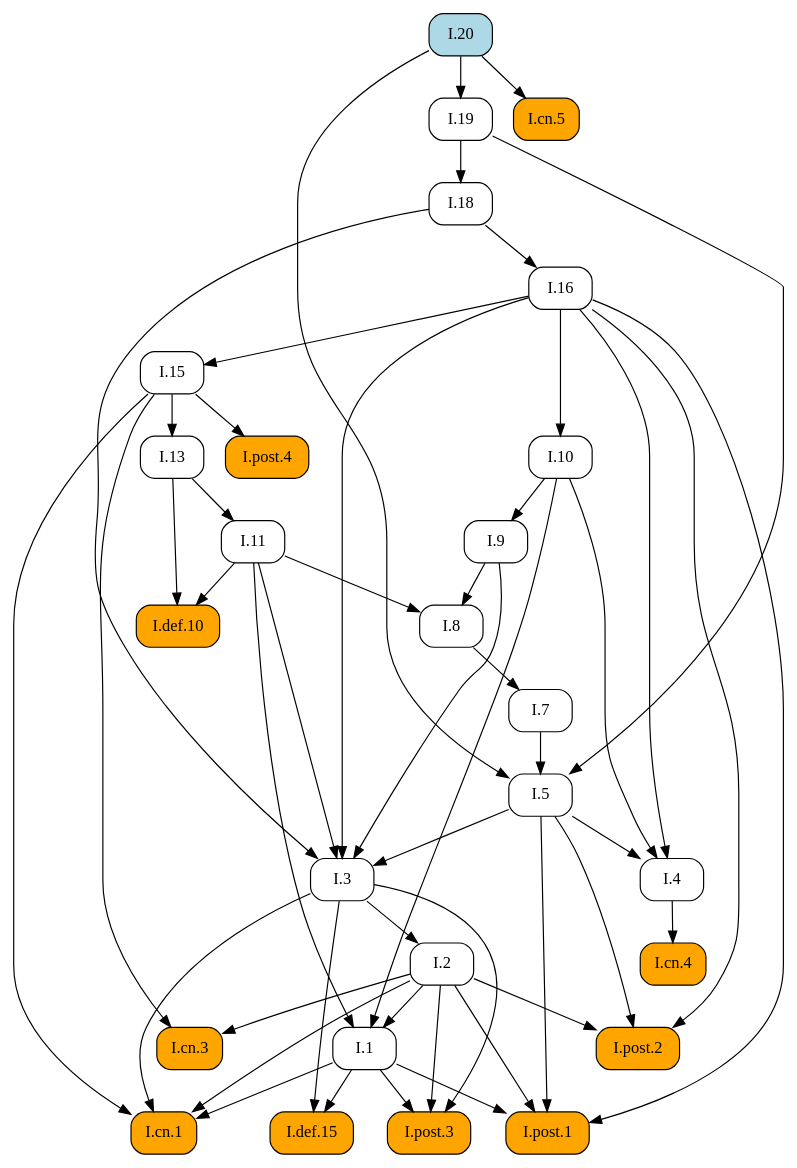
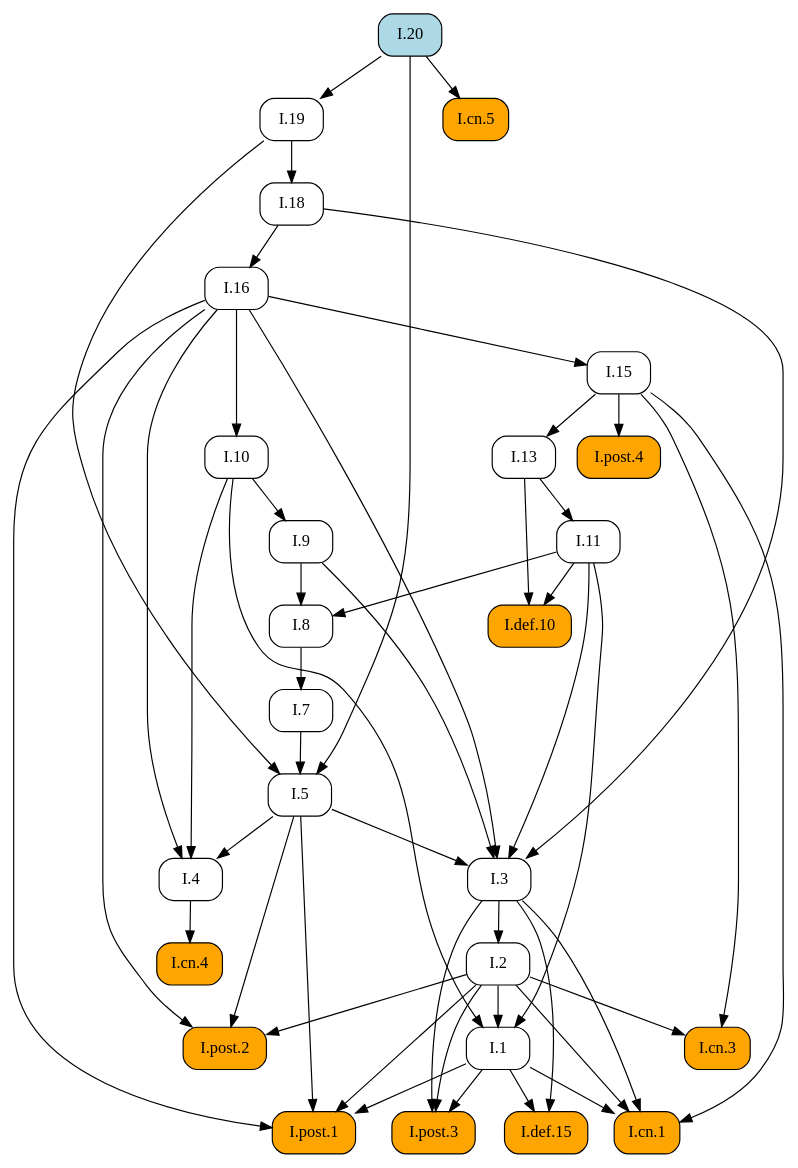
Before and after one commit to geometor/elements: the diagram in docsrc/elements2/I/20/index.rst, drawn with Graphviz. The commit also changed other lines of this file and 409 other files, not shown here.

First line of the commit message:
feat: Add image cropping and graphic extraction script

```diff
--- a/docsrc/elements2/I/20/index.rst
+++ b/docsrc/elements2/I/20/index.rst
@@ -56,81 +56,81 @@
 .. graphviz::
 
    digraph {
      rankdir="TB";
      node [shape=box, style=rounded];
+     "I.def.15" [style="rounded,filled", fillcolor=orange, URL="/elements2/I/def.15/", target="_top"];
+     "I.19" [URL="/elements2/I/19/", target="_top"];
+     "I.18" [URL="/elements2/I/18/", target="_top"];
+     "I.11" [URL="/elements2/I/11/", target="_top"];
+     "I.def.10" [style="rounded,filled", fillcolor=orange, URL="/elements2/I/def.10/", target="_top"];
      "I.8" [URL="/elements2/I/8/", target="_top"];
-     "I.19" [URL="/elements2/I/19/", target="_top"];
+     "I.5" [URL="/elements2/I/5/", target="_top"];
+     "I.15" [URL="/elements2/I/15/", target="_top"];
+     "I.3" [URL="/elements2/I/3/", target="_top"];
+     "I.10" [URL="/elements2/I/10/", target="_top"];
+     "I.cn.3" [style="rounded,filled", fillcolor=orange, URL="/elements2/I/cn.3/", target="_top"];
+     "I.cn.1" [style="rounded,filled", fillcolor=orange, URL="/elements2/I/cn.1/", target="_top"];
+     "I.cn.5" [style="rounded,filled", fillcolor=orange, URL="/elements2/I/cn.5/", target="_top"];
+     "I.13" [URL="/elements2/I/13/", target="_top"];
+     "I.post.3" [style="rounded,filled", fillcolor=orange, URL="/elements2/I/post.3/", target="_top"];
+     "I.4" [URL="/elements2/I/4/", target="_top"];
+     "I.7" [URL="/elements2/I/7/", target="_top"];
+     "I.9" [URL="/elements2/I/9/", target="_top"];
+     "I.16" [URL="/elements2/I/16/", target="_top"];
+     "I.post.1" [style="rounded,filled", fillcolor=orange, URL="/elements2/I/post.1/", target="_top"];
+     "I.2" [URL="/elements2/I/2/", target="_top"];
+     "I.cn.4" [style="rounded,filled", fillcolor=orange, URL="/elements2/I/cn.4/", target="_top"];
+     "I.post.4" [style="rounded,filled", fillcolor=orange, URL="/elements2/I/post.4/", target="_top"];
      "I.1" [URL="/elements2/I/1/", target="_top"];
-     "I.cn.4" [style="rounded,filled", fillcolor=orange, URL="/elements2/I/cn.4/", target="_top"];
-     "I.cn.3" [style="rounded,filled", fillcolor=orange, URL="/elements2/I/cn.3/", target="_top"];
-     "I.7" [URL="/elements2/I/7/", target="_top"];
-     "I.post.1" [style="rounded,filled", fillcolor=orange, URL="/elements2/I/post.1/", target="_top"];
-     "I.9" [URL="/elements2/I/9/", target="_top"];
-     "I.5" [URL="/elements2/I/5/", target="_top"];
-     "I.cn.1" [style="rounded,filled", fillcolor=orange, URL="/elements2/I/cn.1/", target="_top"];
-     "I.16" [URL="/elements2/I/16/", target="_top"];
-     "I.def.10" [style="rounded,filled", fillcolor=orange, URL="/elements2/I/def.10/", target="_top"];
-     "I.18" [URL="/elements2/I/18/", target="_top"];
-     "I.13" [URL="/elements2/I/13/", target="_top"];
-     "I.post.4" [style="rounded,filled", fillcolor=orange, URL="/elements2/I/post.4/", target="_top"];
-     "I.2" [URL="/elements2/I/2/", target="_top"];
-     "I.def.15" [style="rounded,filled", fillcolor=orange, URL="/elements2/I/def.15/", target="_top"];
-     "I.cn.5" [style="rounded,filled", fillcolor=orange, URL="/elements2/I/cn.5/", target="_top"];
-     "I.4" [URL="/elements2/I/4/", target="_top"];
-     "I.11" [URL="/elements2/I/11/", target="_top"];
-     "I.10" [URL="/elements2/I/10/", target="_top"];
-     "I.15" [URL="/elements2/I/15/", target="_top"];
      "I.20" [style="rounded,filled", fillcolor=lightblue, URL="/elements2/I/20/", target="_top"];
-     "I.3" [URL="/elements2/I/3/", target="_top"];
      "I.post.2" [style="rounded,filled", fillcolor=orange, URL="/elements2/I/post.2/", target="_top"];
-     "I.post.3" [style="rounded,filled", fillcolor=orange, URL="/elements2/I/post.3/", target="_top"];
+     "I.1" -> "I.def.15";
+     "I.3" -> "I.def.15";
+     "I.20" -> "I.19";
+     "I.19" -> "I.18";
+     "I.13" -> "I.11";
+     "I.11" -> "I.def.10";
+     "I.13" -> "I.def.10";
      "I.9" -> "I.8";
      "I.11" -> "I.8";
-     "I.20" -> "I.19";
-     "I.2" -> "I.1";
-     "I.10" -> "I.1";
-     "I.11" -> "I.1";
-     "I.4" -> "I.cn.4";
-     "I.2" -> "I.cn.3";
-     "I.15" -> "I.cn.3";
-     "I.8" -> "I.7";
-     "I.1" -> "I.post.1";
-     "I.2" -> "I.post.1";
-     "I.5" -> "I.post.1";
-     "I.16" -> "I.post.1";
-     "I.10" -> "I.9";
      "I.7" -> "I.5";
      "I.19" -> "I.5";
      "I.20" -> "I.5";
-     "I.1" -> "I.cn.1";
-     "I.2" -> "I.cn.1";
-     "I.3" -> "I.cn.1";
-     "I.15" -> "I.cn.1";
-     "I.18" -> "I.16";
-     "I.11" -> "I.def.10";
-     "I.13" -> "I.def.10";
-     "I.19" -> "I.18";
-     "I.15" -> "I.13";
-     "I.15" -> "I.post.4";
-     "I.3" -> "I.2";
-     "I.1" -> "I.def.15";
-     "I.3" -> "I.def.15";
-     "I.20" -> "I.cn.5";
-     "I.5" -> "I.4";
-     "I.10" -> "I.4";
-     "I.16" -> "I.4";
-     "I.13" -> "I.11";
-     "I.16" -> "I.10";
      "I.16" -> "I.15";
      "I.5" -> "I.3";
      "I.9" -> "I.3";
      "I.11" -> "I.3";
      "I.16" -> "I.3";
      "I.18" -> "I.3";
+     "I.16" -> "I.10";
+     "I.2" -> "I.cn.3";
+     "I.15" -> "I.cn.3";
+     "I.1" -> "I.cn.1";
+     "I.2" -> "I.cn.1";
+     "I.3" -> "I.cn.1";
+     "I.15" -> "I.cn.1";
+     "I.20" -> "I.cn.5";
+     "I.15" -> "I.13";
+     "I.1" -> "I.post.3";
+     "I.2" -> "I.post.3";
+     "I.3" -> "I.post.3";
+     "I.5" -> "I.4";
+     "I.10" -> "I.4";
+     "I.16" -> "I.4";
+     "I.8" -> "I.7";
+     "I.10" -> "I.9";
+     "I.18" -> "I.16";
+     "I.1" -> "I.post.1";
+     "I.2" -> "I.post.1";
+     "I.5" -> "I.post.1";
+     "I.16" -> "I.post.1";
+     "I.3" -> "I.2";
+     "I.4" -> "I.cn.4";
+     "I.15" -> "I.post.4";
+     "I.2" -> "I.1";
+     "I.10" -> "I.1";
+     "I.11" -> "I.1";
      "I.2" -> "I.post.2";
      "I.5" -> "I.post.2";
      "I.16" -> "I.post.2";
-     "I.1" -> "I.post.3";
-     "I.2" -> "I.post.3";
-     "I.3" -> "I.post.3";
    }
```
